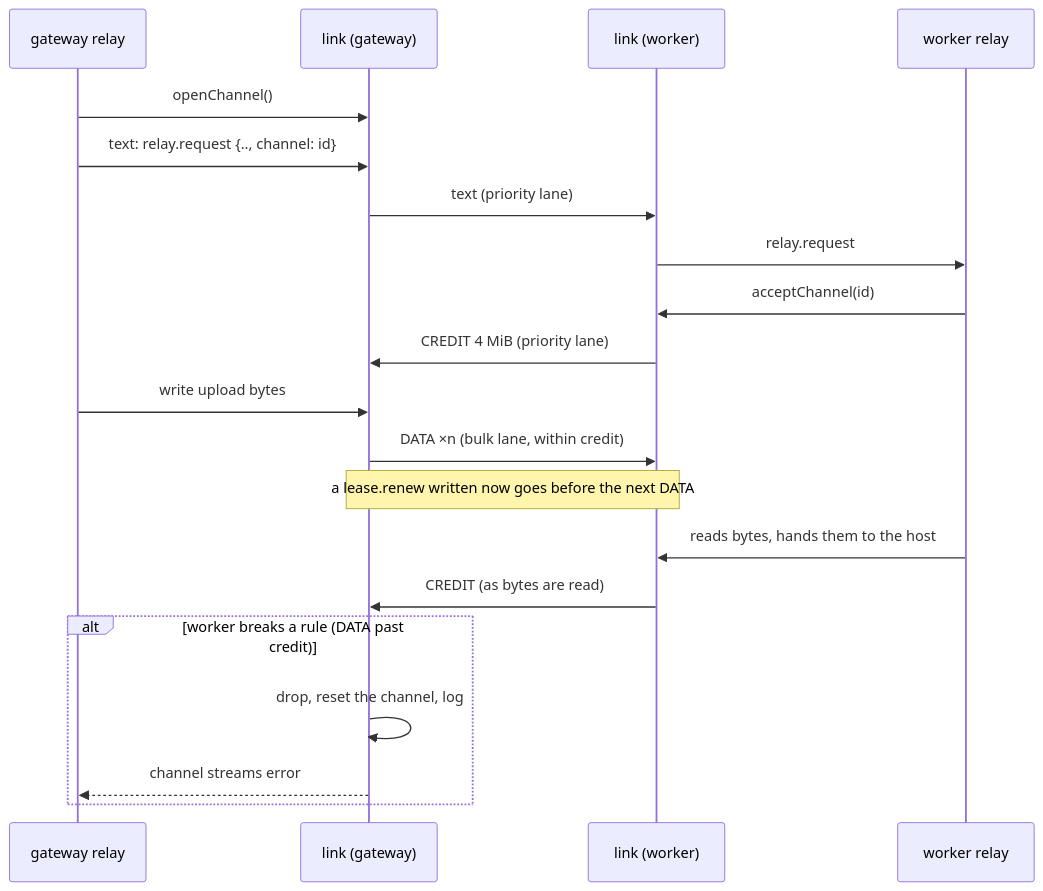
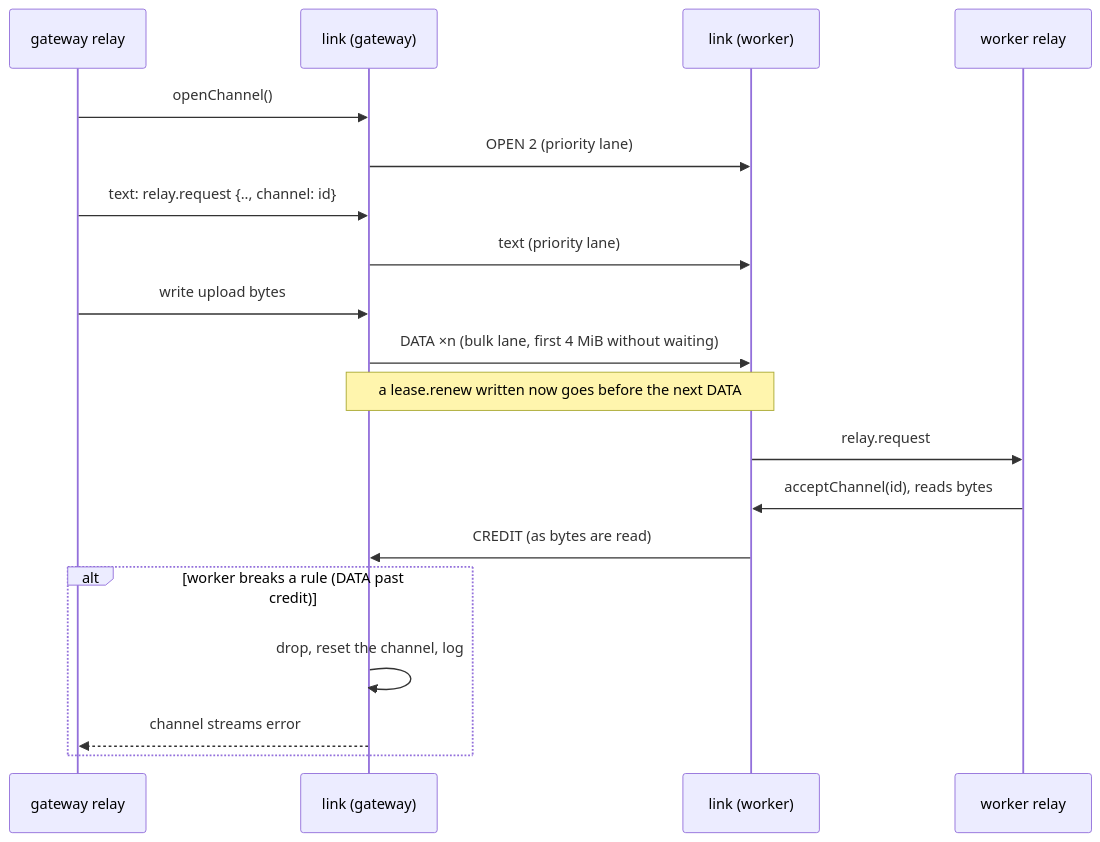
Before and after one commit to callstackincubator/simlock: the second of 2 diagrams in docs/internal/adr/0028-the-uplink-carries-byte-channels-and-small-messages-go-first.md, drawn with Mermaid. The commit also changed other lines of this file, not shown here.

Commit message:
docs(adr): 0028 channels open with OPEN, idle reset, per-lease relay slots, cap in the host

````diff
--- a/docs/internal/adr/0028-the-uplink-carries-byte-channels-and-small-messages-go-first.md
+++ b/docs/internal/adr/0028-the-uplink-carries-byte-channels-and-small-messages-go-first.md
@@ -115,22 +131,21 @@
 ```mermaid
 sequenceDiagram
   participant G as gateway relay
   participant GL as link (gateway)
   participant WL as link (worker)
   participant W as worker relay
   G->>GL: openChannel()
+  GL->>WL: OPEN 2 (priority lane)
   G->>GL: text: relay.request {.., channel: id}
   GL->>WL: text (priority lane)
+  G->>GL: write upload bytes
+  GL->>WL: DATA ×n (bulk lane, first 4 MiB without waiting)
+  Note over GL,WL: a lease.renew written now goes before the next DATA
   WL->>W: relay.request
-  W->>WL: acceptChannel(id)
-  WL->>GL: CREDIT 4 MiB (priority lane)
-  G->>GL: write upload bytes
-  GL->>WL: DATA ×n (bulk lane, within credit)
-  Note over GL,WL: a lease.renew written now goes before the next DATA
-  W->>WL: reads bytes, hands them to the host
+  W->>WL: acceptChannel(id), reads bytes
   WL->>GL: CREDIT (as bytes are read)
   alt worker breaks a rule (DATA past credit)
     GL->>GL: drop, reset the channel, log
     GL-->>G: channel streams error
   end
 ```
````
